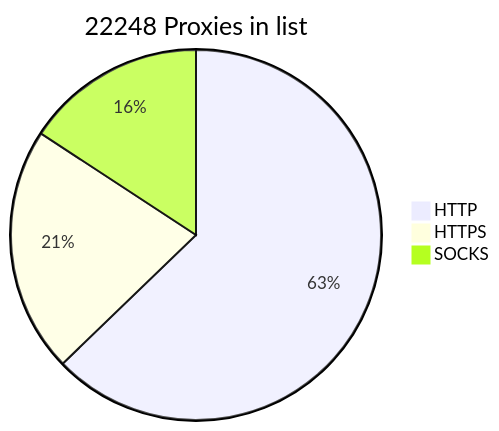
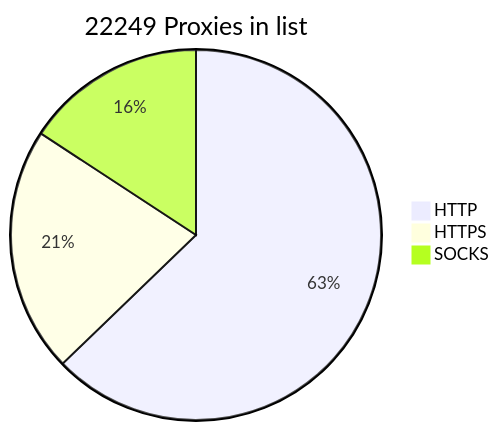
The diagram in README.md (BlackSnowDot/proxylist-update-every-minute), drawn with Mermaid before and after one commit.

````diff
--- a/README.md
+++ b/README.md
@@ -2,6 +2,6 @@
 ```mermaid
-pie title 22248 Proxies in list
-    "HTTP" : 15926
+pie title 22249 Proxies in list
+    "HTTP" : 15933
     "HTTPS": 5439
-    "SOCKS" : 4002
+    "SOCKS" : 4003
 ```
````
